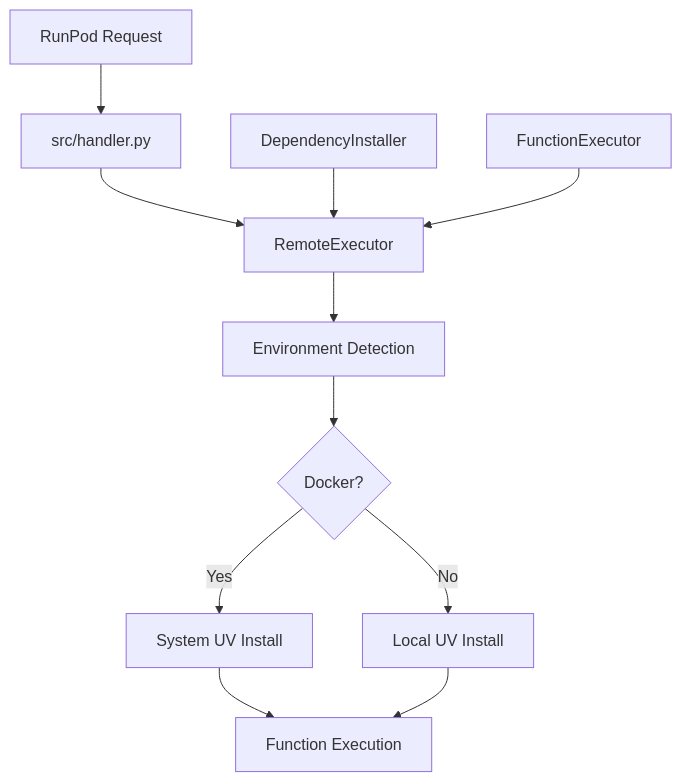
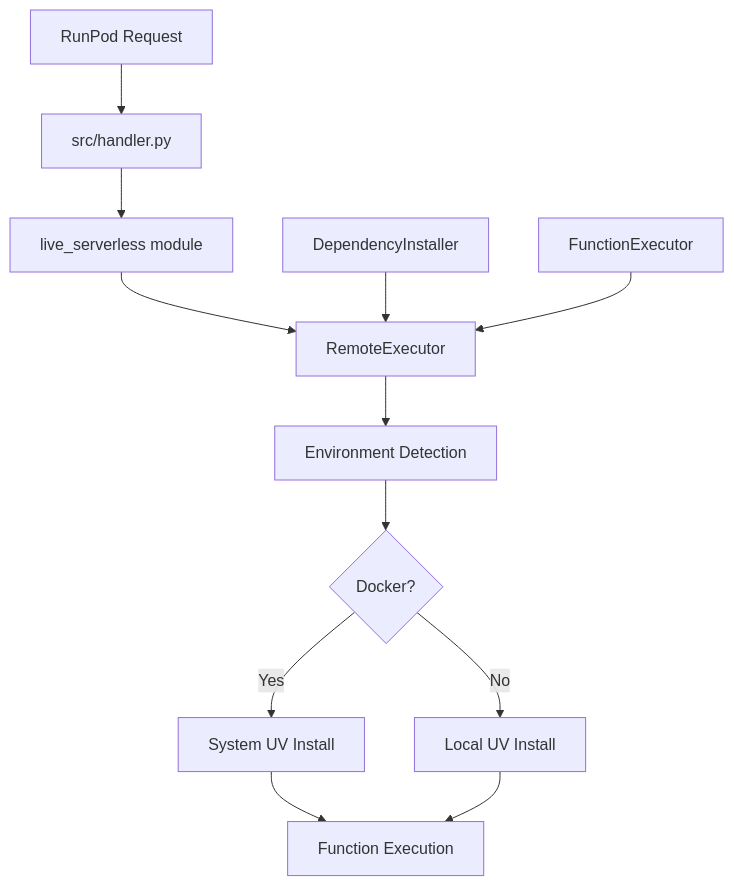
One commit to runpod-workers/worker-tetra changed the first of 3 diagrams in docs/System_Python_Runtime_Architecture.md. Above: the diagram before and after it, drawn with Mermaid. The commit also changed other lines of this file and 2 other files, not shown here.

Commit message:
docs: updated to reflect the live_serverless module

````diff
--- a/docs/System_Python_Runtime_Architecture.md
+++ b/docs/System_Python_Runtime_Architecture.md
@@ -11,14 +13,15 @@
 ```mermaid
 graph TD
     A[RunPod Request] --> B[src/handler.py]
-    B --> C[RemoteExecutor]
-    C --> D[Environment Detection]
-    D --> E{Docker?}
-    E -->|Yes| F[System UV Install]
-    E -->|No| G[Local UV Install]
-    F --> H[Function Execution]
-    G --> H
+    B --> C[live_serverless module]
+    C --> D[RemoteExecutor]
+    D --> E[Environment Detection]
+    E --> F{Docker?}
+    F -->|Yes| G[System UV Install]
+    F -->|No| H[Local UV Install]
+    G --> I[Function Execution]
+    H --> I
 
-    J[DependencyInstaller] --> C
-    K[FunctionExecutor] --> C
+    J[DependencyInstaller] --> D
+    K[FunctionExecutor] --> D
 ```
````
